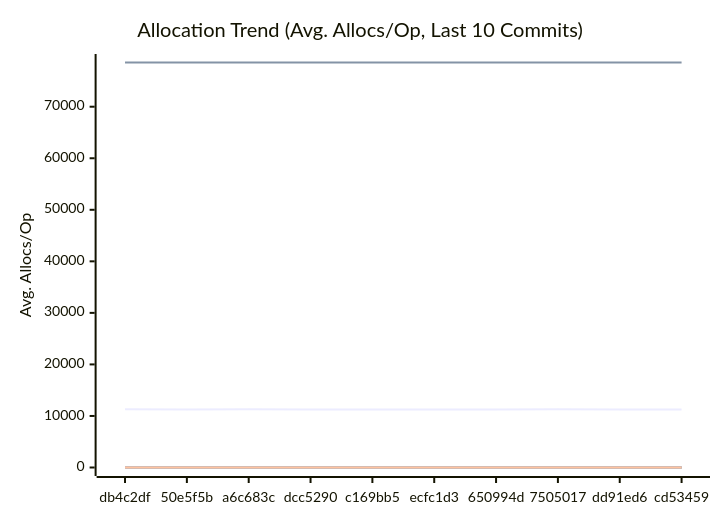
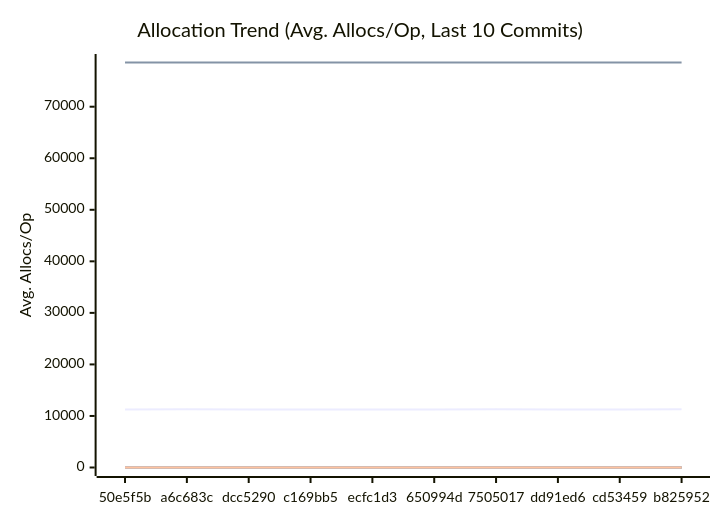
Before and after one commit to alsotoes/momo: the third of 3 diagrams in docs/PERFORMANCE.md, drawn with Mermaid. The commit also changed other lines of this file and 2 other files, not shown here.

````diff
--- a/docs/PERFORMANCE.md
+++ b/docs/PERFORMANCE.md
@@ -197,20 +197,20 @@
 ```mermaid
 xychart-beta
     title "Allocation Trend (Avg. Allocs/Op, Last 10 Commits)"
     x-axis "Commit"
     y-axis "Avg. Allocs/Op"
-    x-axis [db4c2df,50e5f5b,a6c683c,dcc5290,c169bb5,ecfc1d3,650994d,7505017,dd91ed6,cd53459]
-    line "AWSChunkedReaderSigned" [11292,11274,11284,11270,11276,11273,11274,11278,11271,11265]
-    line "AWSChunkedReaderUnsigned" [78578,78566,78561,78559,78564,78563,78571,78563,78564,78564]
+    x-axis [50e5f5b,a6c683c,dcc5290,c169bb5,ecfc1d3,650994d,7505017,dd91ed6,cd53459,b825952]
+    line "AWSChunkedReaderSigned" [11274,11284,11270,11276,11273,11274,11278,11271,11265,11282]
+    line "AWSChunkedReaderUnsigned" [78566,78561,78559,78564,78563,78571,78563,78564,78564,78577]
     line "CheckMetricsAndSwap" [0,0,0,0,0,0,0,0,0,0]
     line "CrushOptimized" [0,0,0,0,0,0,0,0,0,0]
     line "CrushOriginal" [3,3,3,3,3,3,3,3,3,3]
     line "IndexDirectTracking" [0,0,0,0,0,0,0,0,0,0]
     line "IndexSearch" [0,0,0,0,0,0,0,0,0,0]
     line "LoadGlobalConfig" [54,54,54,54,54,54,54,54,54,54]
     line "PadString" [1,1,1,1,1,1,1,1,1,1]
     line "ParseReplicationOrder_NoPrealloc" [6,6,6,6,6,5,5,5,5,5]
     line "ParseReplicationOrder_Prealloc" [2,2,2,2,2,1,1,1,1,1]
     line "SanitizeLog/Safe" [0,0,0,0,0,0,0,0,0,0]
     line "SanitizeLog/Unsafe" [1,1,1,1,1,1,1,1,1,1]
 ```
````
